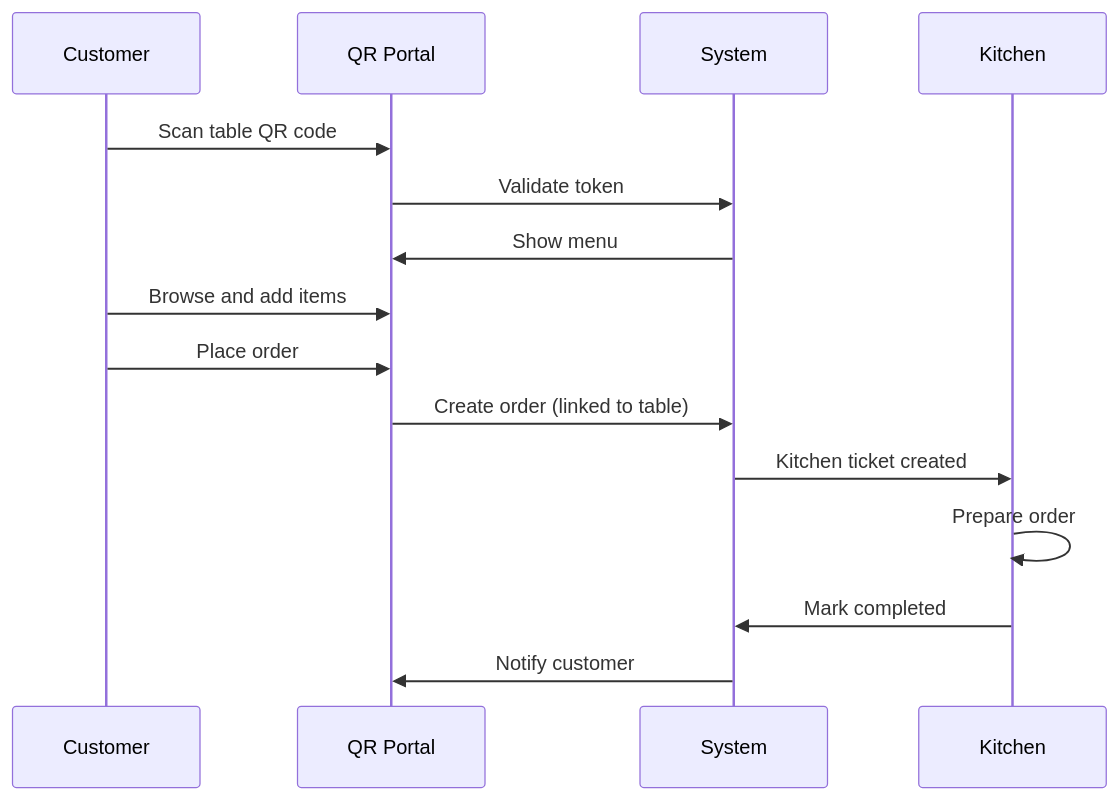
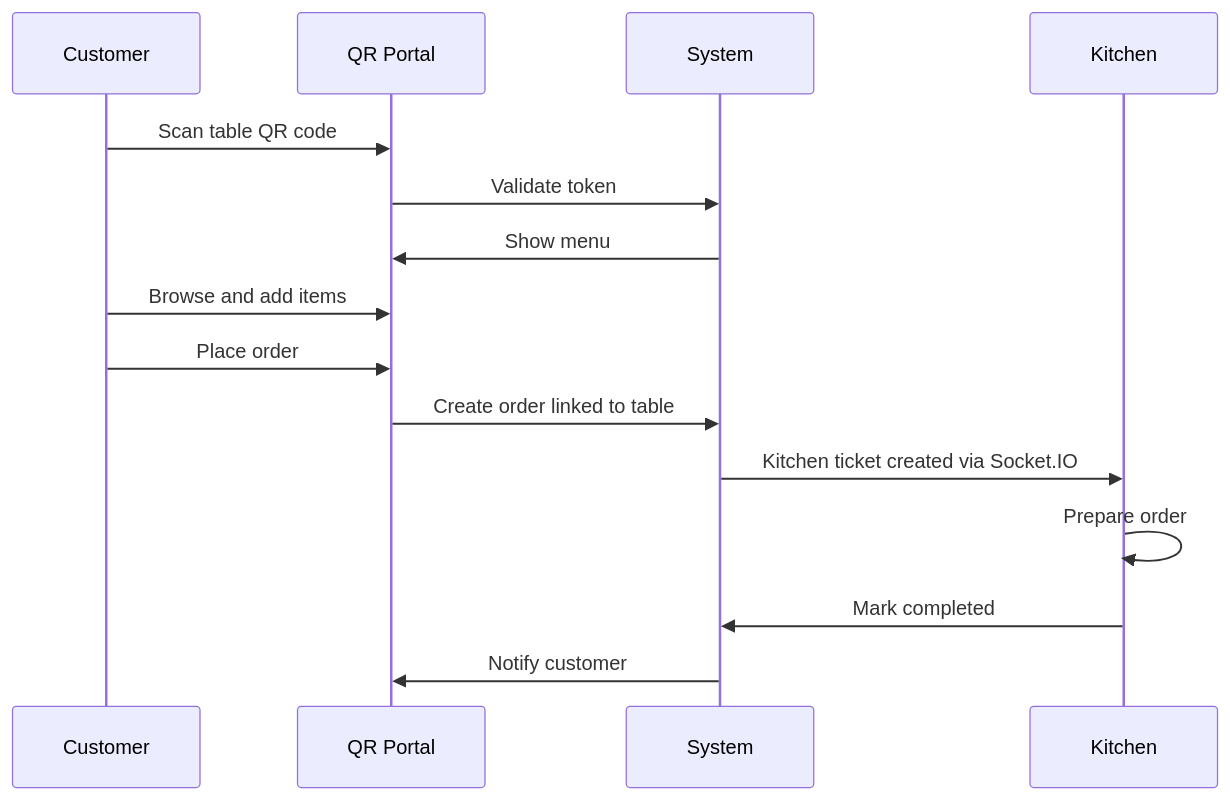
Before and after one commit to Team-Detroit/Odoo-Hack: the fourth of 5 diagrams in docs/project-overview.md, drawn with Mermaid. The commit also changed other lines of this file and 5 other files, not shown here.

````diff
--- a/docs/project-overview.md
+++ b/docs/project-overview.md
@@ -135,18 +135,18 @@
 ```mermaid
 sequenceDiagram
     participant C as Customer
     participant QR as QR Portal
     participant POS as System
     participant K as Kitchen
 
     C->>QR: Scan table QR code
     QR->>POS: Validate token
     POS->>QR: Show menu
     C->>QR: Browse and add items
     C->>QR: Place order
-    QR->>POS: Create order (linked to table)
-    POS->>K: Kitchen ticket created
+    QR->>POS: Create order linked to table
+    POS->>K: Kitchen ticket created via Socket.IO
     K->>K: Prepare order
     K->>POS: Mark completed
     POS->>QR: Notify customer
 ```
````
